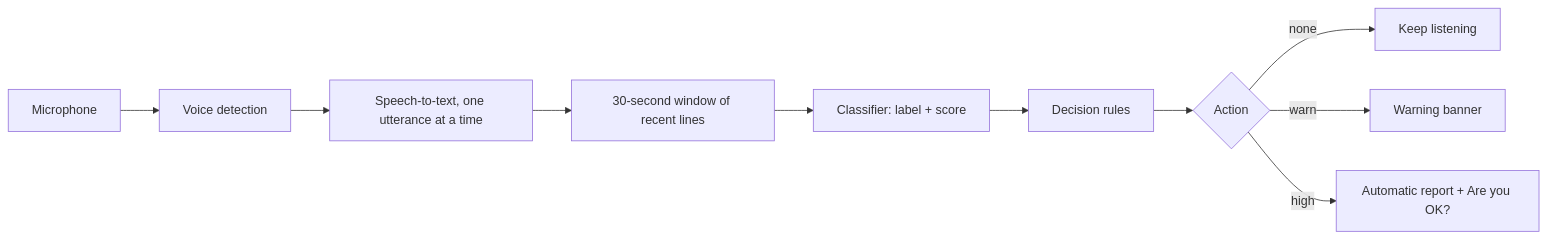
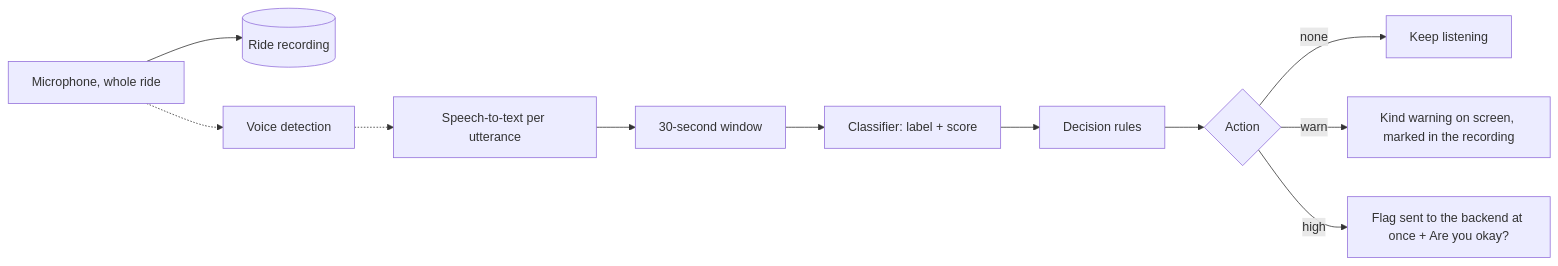
Before and after one commit to RahardiSalim/we-are-just-interns-be: the second of 2 diagrams in mobile/README.md, drawn with Mermaid. The commit also changed other lines of this file and 25 other files, not shown here.

First line of the commit message:
Consumer app: consent at ride start, real mic recording, upload after flagged rides

````diff
--- a/mobile/README.md
+++ b/mobile/README.md
@@ -42,12 +47,13 @@
 ```mermaid
 flowchart LR
-    M[Microphone] --> V[Voice detection]
-    V --> S[Speech-to-text, one utterance at a time]
-    S --> W[30-second window of recent lines]
+    M[Microphone, whole ride] --> REC[(Ride recording)]
+    M -.-> V[Voice detection]
+    V -.-> S[Speech-to-text per utterance]
+    S --> W[30-second window]
     W --> K[Classifier: label + score]
     K --> E[Decision rules]
     E --> R{Action}
     R -- none --> X[Keep listening]
-    R -- warn --> Y[Warning banner]
-    R -- high --> Z[Automatic report + Are you OK?]
+    R -- warn --> Y[Kind warning on screen, marked in the recording]
+    R -- high --> Z[Flag sent to the backend at once + Are you okay?]
 ```
````
